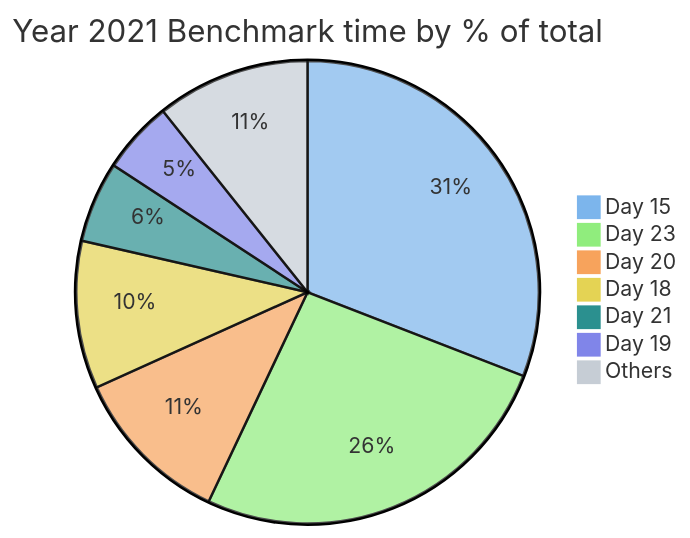
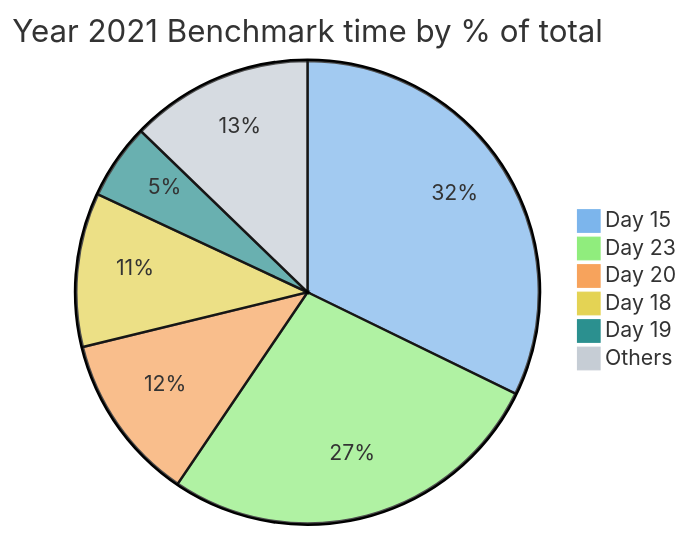
One commit to maneatingape/advent-of-code-rust changed the third of 4 diagrams in README.md. Above: the diagram before and after it, drawn with Mermaid. The commit also changed other lines of this file and 1 other file, not shown here.

````diff
--- a/README.md
+++ b/README.md
@@ -103,12 +103,11 @@
 ```mermaid
-%%{init: {'theme': 'base', 'themeVariables': { 'pie1': '#7cb5ec', 'pie2': '#90ed7d', 'pie3': '#f7a35c', 'pie4': '#e4d354', 'pie5': '#2b908f', 'pie6': '#8085e9', 'pie7': '#c6cdd5'}}}%%
+%%{init: {'theme': 'base', 'themeVariables': { 'pie1': '#7cb5ec', 'pie2': '#90ed7d', 'pie3': '#f7a35c', 'pie4': '#e4d354', 'pie5': '#2b908f', 'pie6': '#c6cdd5'}}}%%
 pie
     title Year 2021 Benchmark time by % of total
     "Day 15" : 5700
     "Day 23" : 4821
     "Day 20" : 2072
     "Day 18" : 1904
-    "Day 21" : 1042
     "Day 19" : 933
-    "Others" : 1978
+    "Others" : 2258
 ```
````
